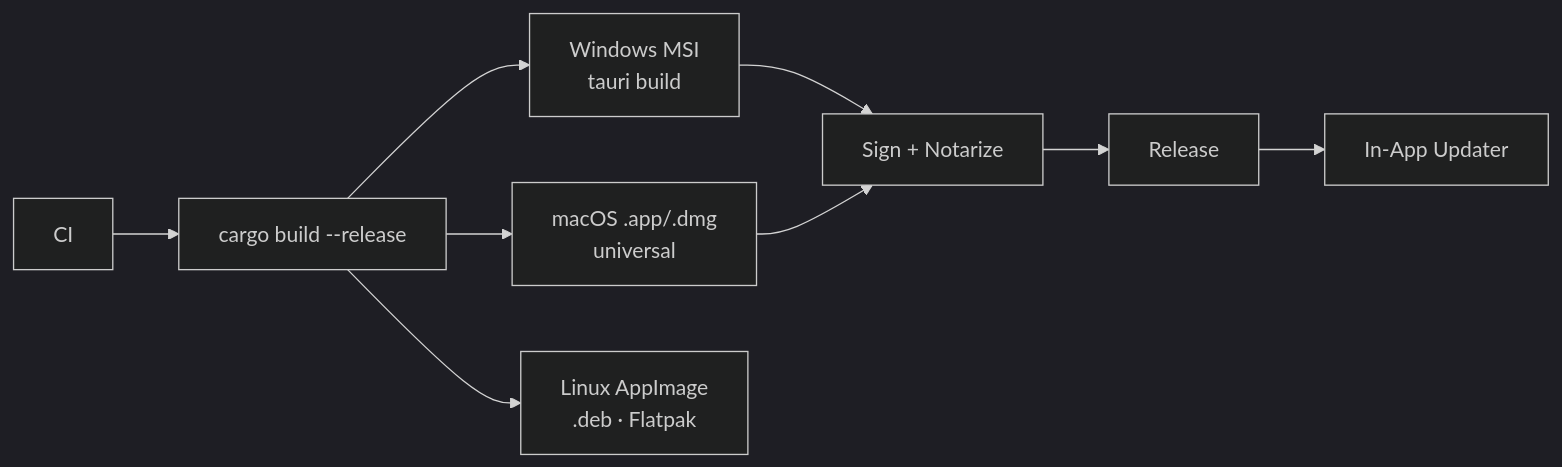
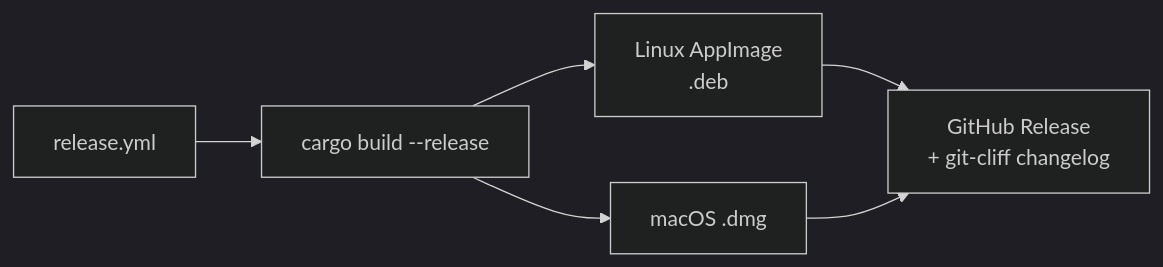
Before and after one commit to lanthoor/mimir: the tenth of 10 diagrams in docs/Architecture.md, drawn with Mermaid (dark theme). The commit also changed other lines of this file and 6 other files, not shown here.

````diff
--- a/docs/Architecture.md
+++ b/docs/Architecture.md
@@ -542,11 +532,8 @@
 ```mermaid
 flowchart LR
-    CI[CI] --> CARGO[cargo build --release]
-    CARGO --> WIN[Windows MSI<br/>tauri build]
-    CARGO --> MAC[macOS .app/.dmg<br/>universal]
-    CARGO --> LIN[Linux AppImage<br/>.deb · Flatpak]
-    WIN --> SIGN[Sign + Notarize]
-    MAC --> SIGN
-    SIGN --> REL[Release]
-    REL --> UPD[In-App Updater]
+    CI[release.yml] --> CARGO[cargo build --release]
+    CARGO --> LIN[Linux AppImage<br/>.deb]
+    CARGO --> MAC[macOS .dmg]
+    LIN --> REL[GitHub Release<br/>+ git-cliff changelog]
+    MAC --> REL
 ```
````
